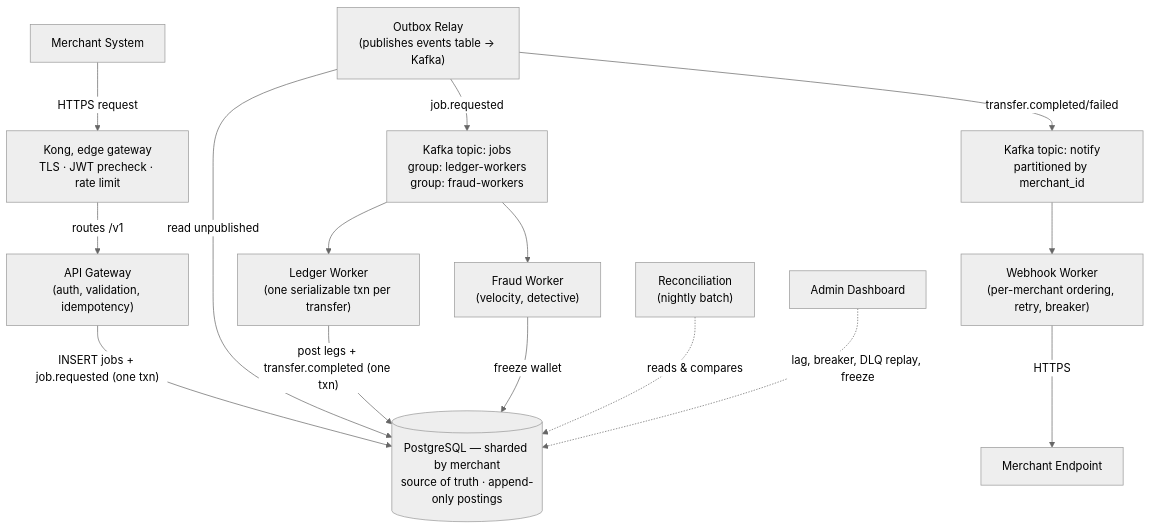
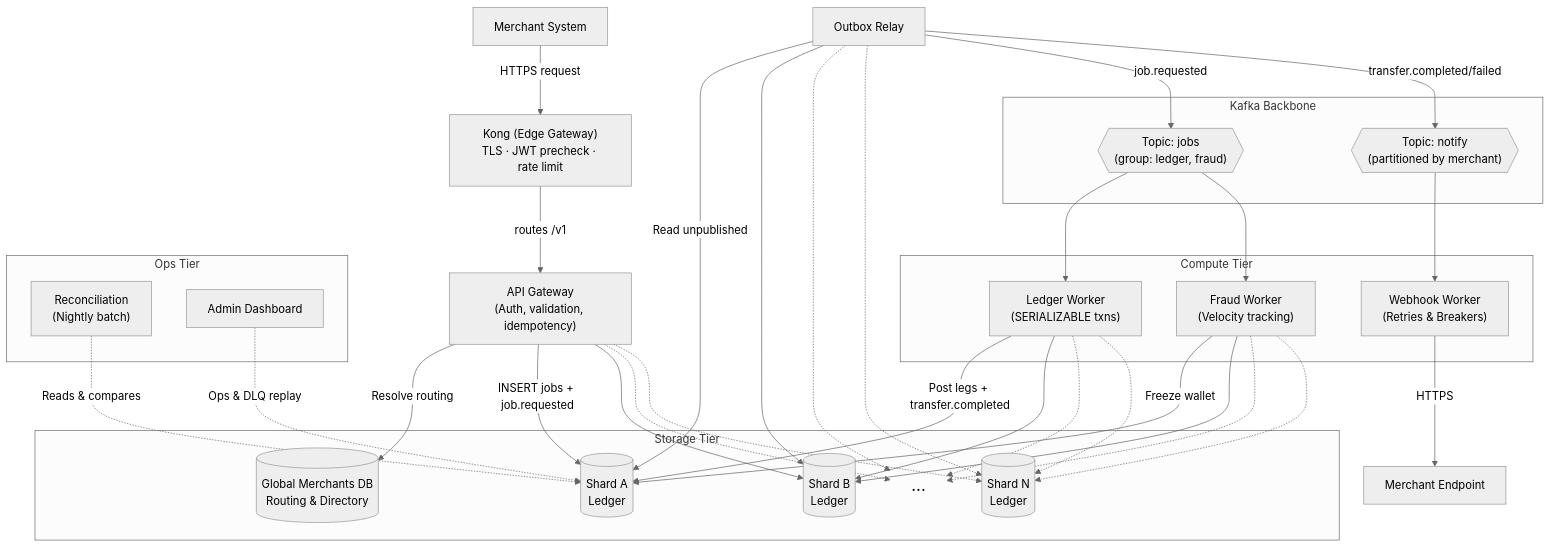
One commit to Joel-Ajayi/river-rust-queue changed the first of 2 diagrams in README.md. Above: the diagram before and after it, drawn with Mermaid (neutral theme). The commit also changed other lines of this file, not shown here.

Commit message:
docs: update README to reflect polyglot Go and Rust architecture and revised tech stack

````diff
--- a/README.md
+++ b/README.md
@@ -53,18 +51,76 @@
 ```mermaid
 graph TD
-  merchant["Merchant System"] -->|HTTPS request| kong["Kong, edge gateway<br/>TLS · JWT precheck · rate limit"]
-  kong -->|routes /v1| gateway["API Gateway<br/>(auth, validation, idempotency)"]
-  gateway -->|"INSERT jobs + job.requested (one txn)"| db[("PostgreSQL — sharded by merchant<br/>source of truth · append-only postings")]
-  relay["Outbox Relay<br/>(publishes events table → Kafka)"] -->|read unpublished| db
-  relay -->|job.requested| jobsTopic["Kafka topic: jobs<br/>group: ledger-workers<br/>group: fraud-workers"]
-  relay -->|transfer.completed/failed| notifyTopic["Kafka topic: notify<br/>partitioned by merchant_id"]
-  jobsTopic --> ledgerWorker["Ledger Worker<br/>(one serializable txn per transfer)"]
-  jobsTopic --> fraudWorker["Fraud Worker<br/>(velocity, detective)"]
-  ledgerWorker -->|"post legs + transfer.completed (one txn)"| db
-  fraudWorker -->|freeze wallet| db
-  notifyTopic --> webhookWorker["Webhook Worker<br/>(per-merchant ordering, retry, breaker)"]
-  webhookWorker -->|HTTPS| merchantEndpoint["Merchant Endpoint"]
+  %% External Entities
+  merchant["Merchant System"]
+  merchantEndpoint["Merchant Endpoint"]
 
-  reconciliation["Reconciliation<br/>(nightly batch)"] -.->|reads & compares| db
-  adminDashboard["Admin Dashboard"] -.->|lag, breaker, DLQ replay, freeze| db
+  %% API Edge
+  kong["Kong (Edge Gateway)<br/>TLS · JWT precheck · rate limit"]
+  gateway["API Gateway<br/>(Auth, validation, idempotency)"]
+
+  merchant -->|HTTPS request| kong
+  kong -->|routes /v1| gateway
+
+  %% Databases
+  subgraph Storage Tier
+    merchantDb[("Global Merchants DB<br/>Routing & Directory")]
+    shardA[("Shard A<br/>Ledger")]
+    shardB[("Shard B<br/>Ledger")]
+    shardDots["..."]
+    shardN[("Shard N<br/>Ledger")]
+  end
+  style shardDots fill:none,stroke:none,font-size:24px;
+
+  gateway -->|"Resolve routing"| merchantDb
+  gateway -->|"INSERT jobs + job.requested"| shardA
+  gateway --> shardB
+  gateway -.-> shardDots
+  gateway -.-> shardN
+
+  %% Messaging
+  relay["Outbox Relay"]
+  relay -->|Read unpublished| shardA
+  relay --> shardB
+  relay -.-> shardDots
+  relay -.-> shardN
+
+  subgraph Kafka Backbone
+    jobsTopic{{"Topic: jobs<br/>(group: ledger, fraud)"}}
+    notifyTopic{{"Topic: notify<br/>(partitioned by merchant)"}}
+  end
+
+  relay -->|job.requested| jobsTopic
+  relay -->|transfer.completed/failed| notifyTopic
+
+  %% Workers
+  subgraph Compute Tier
+    ledgerWorker["Ledger Worker<br/>(SERIALIZABLE txns)"]
+    fraudWorker["Fraud Worker<br/>(Velocity tracking)"]
+    webhookWorker["Webhook Worker<br/>(Retries & Breakers)"]
+  end
+
+  jobsTopic --> ledgerWorker
+  jobsTopic --> fraudWorker
+  notifyTopic --> webhookWorker
+
+  ledgerWorker -->|"Post legs + transfer.completed"| shardA
+  ledgerWorker --> shardB
+  ledgerWorker -.-> shardDots
+  ledgerWorker -.-> shardN
+
+  fraudWorker -->|"Freeze wallet"| shardA
+  fraudWorker --> shardB
+  fraudWorker -.-> shardDots
+  fraudWorker -.-> shardN
+
+  webhookWorker -->|HTTPS| merchantEndpoint
+
+  %% Operations
+  subgraph Ops Tier
+    reconciliation["Reconciliation<br/>(Nightly batch)"]
+    adminDashboard["Admin Dashboard"]
+  end
+  
+  reconciliation -.->|Reads & compares| shardA
+  adminDashboard -.->|Ops & DLQ replay| shardA
 ```
````
